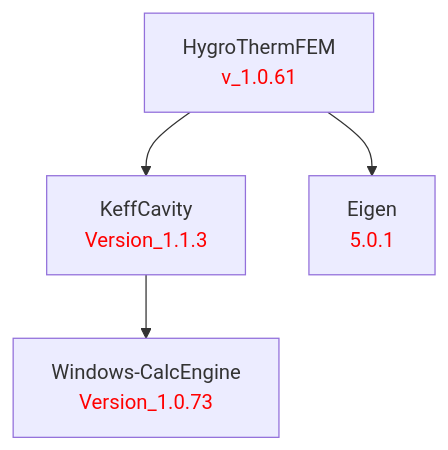
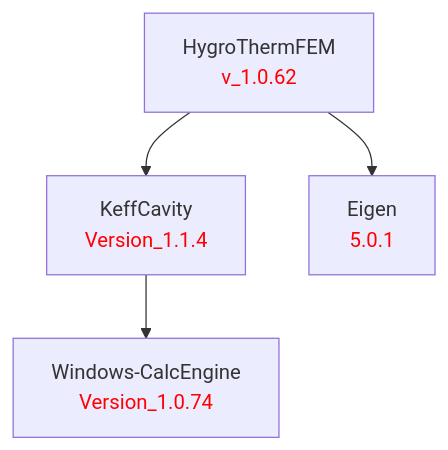
One commit to LBNL-ETA/HygroThermFEM changed the diagram in doc/HygroThermFEM.md. Above: the diagram before and after it, drawn with Mermaid. The commit also changed 1 other file, not shown here.

Commit message:
Bump to v_1.0.62; KeffCavity Version_1.1.4, googletest 1.17.0; refresh dep chart

````diff
--- a/doc/HygroThermFEM.md
+++ b/doc/HygroThermFEM.md
@@ -1,13 +1,13 @@
 ```mermaid
 graph TD
     %% Package definitions
-    HygroThermFEM[HygroThermFEM<br/><font color='red'>v_1.0.61</font>]
-    KeffCavity[KeffCavity<br/><font color='red'>Version_1.1.3</font>]
+    HygroThermFEM[HygroThermFEM<br/><font color='red'>v_1.0.62</font>]
+    KeffCavity[KeffCavity<br/><font color='red'>Version_1.1.4</font>]
     Eigen[Eigen<br/><font color='red'>5.0.1</font>]
-    WindowsCalcEngine[Windows-CalcEngine<br/><font color='red'>Version_1.0.73</font>]
+    WindowsCalcEngine[Windows-CalcEngine<br/><font color='red'>Version_1.0.74</font>]
 
     %% Package relations
     HygroThermFEM --> KeffCavity
     HygroThermFEM --> Eigen
     KeffCavity --> WindowsCalcEngine
 ```
````
